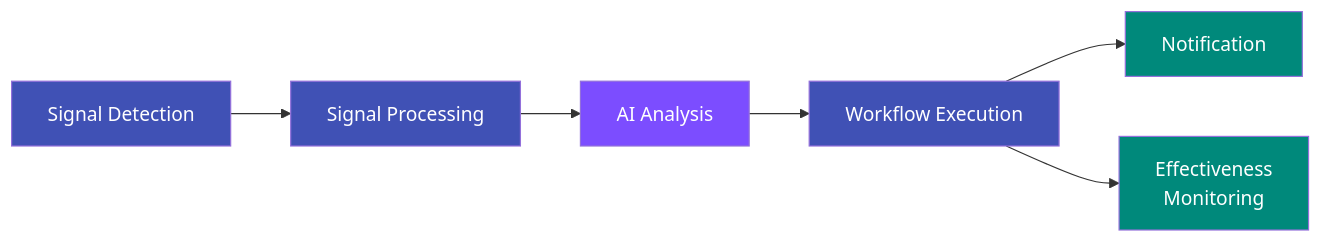
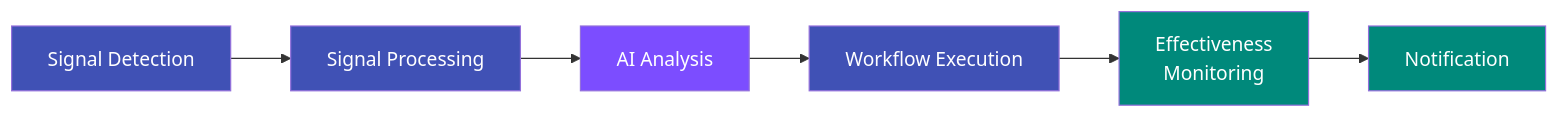
Before and after one commit to jordigilh/kubernaut-docs: the diagram in docs/index.md, drawn with Mermaid. The commit also changed other lines of this file and 2 other files, not shown here.

Commit message:
docs: fix pipeline ordering — effectiveness monitoring before notification
Update diagrams and prose in concepts.md, architecture-overview.md, and
index.md to reflect the actual sequential flow: Workflow Execution →
Effectiveness Monitoring → Notification. Previously several locations
showed these as parallel or in the wrong order.

Also fix stale #329 reference: replace "Metadata — Workflow ID" with
"Identity — Name (metadata.name)" in concepts.md workflow catalog section.

Refs: #299, #300, #329
Made-with: Cursor

````diff
--- a/docs/index.md
+++ b/docs/index.md
@@ -59,15 +59,15 @@
 ```mermaid
 graph LR
     A[Signal Detection] --> B[Signal Processing]
     B --> C[AI Analysis]
     C --> D[Workflow Execution]
-    D --> E1[Notification]
-    D --> E2[Effectiveness<br/>Monitoring]
+    D --> E[Effectiveness<br/>Monitoring]
+    E --> F[Notification]
 
     style A fill:#4051b5,color:#fff
     style B fill:#4051b5,color:#fff
     style C fill:#7c4dff,color:#fff
     style D fill:#4051b5,color:#fff
-    style E1 fill:#00897b,color:#fff
-    style E2 fill:#00897b,color:#fff
+    style E fill:#00897b,color:#fff
+    style F fill:#00897b,color:#fff
 ```
````
